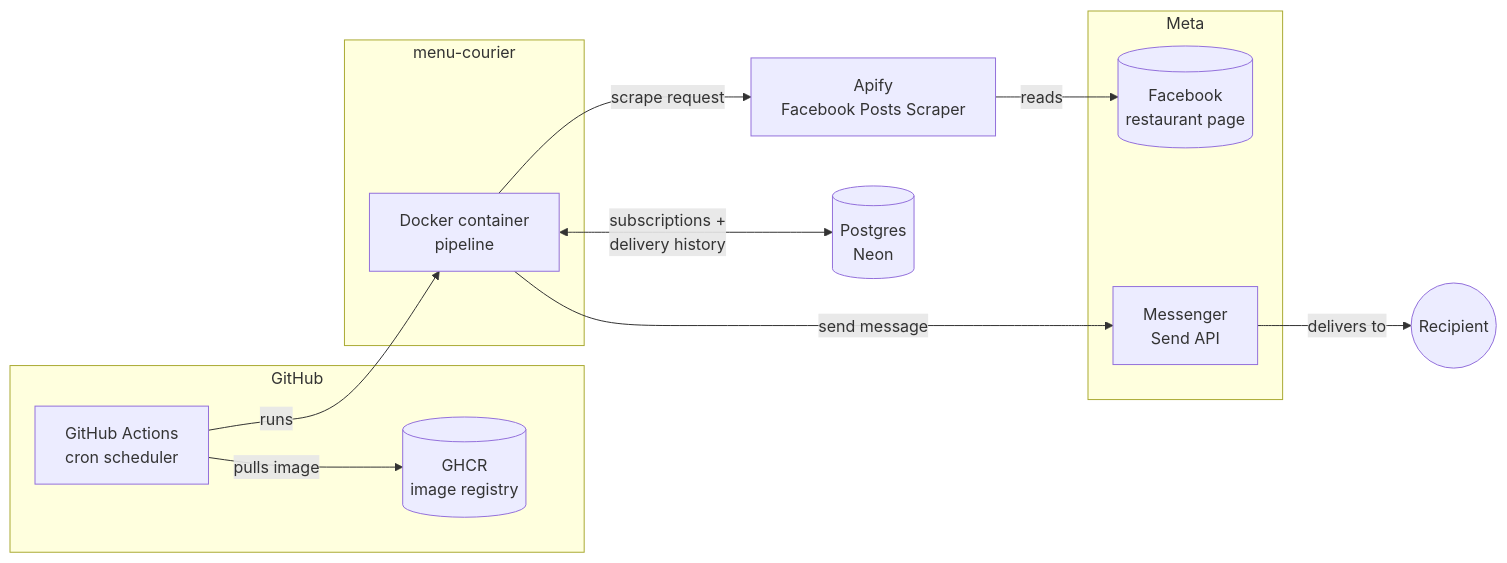
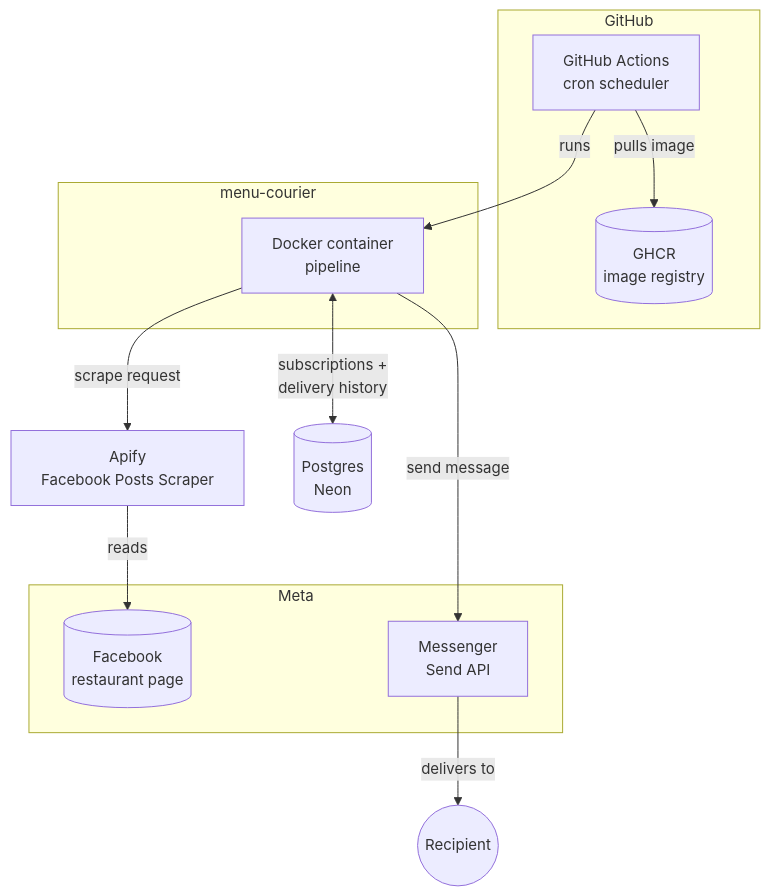
One commit to terleckimaciej/menu-courier changed the diagram in README.md. Above: the diagram before and after it, drawn with Mermaid. The commit also changed other lines of this file, not shown here.

Commit message:
docs: create tech spec and adjust mermaid

````diff
--- a/README.md
+++ b/README.md
@@ -23,28 +23,29 @@
 ```mermaid
-flowchart LR
+%%{init: {'themeVariables': {'fontSize': '15px'}}}%%
+flowchart TB
     subgraph gh[GitHub]
         Actions[GitHub Actions<br/>cron scheduler]
         Registry[(GHCR<br/>image registry)]
     end
 
     subgraph app[menu-courier]
         Container[Docker container<br/>pipeline]
     end
 
     subgraph meta[Meta]
         FB[(Facebook<br/>restaurant page)]
         MSG[Messenger<br/>Send API]
     end
 
     Apify[Apify<br/>Facebook Posts Scraper]
     DB[(Postgres<br/>Neon)]
     User((Recipient))
 
     Actions -->|pulls image| Registry
     Actions -->|runs| Container
     Container -->|scrape request| Apify
     Apify -->|reads| FB
     Container <-->|subscriptions +<br/>delivery history| DB
     Container -->|send message| MSG
     MSG -->|delivers to| User
 ```
````
